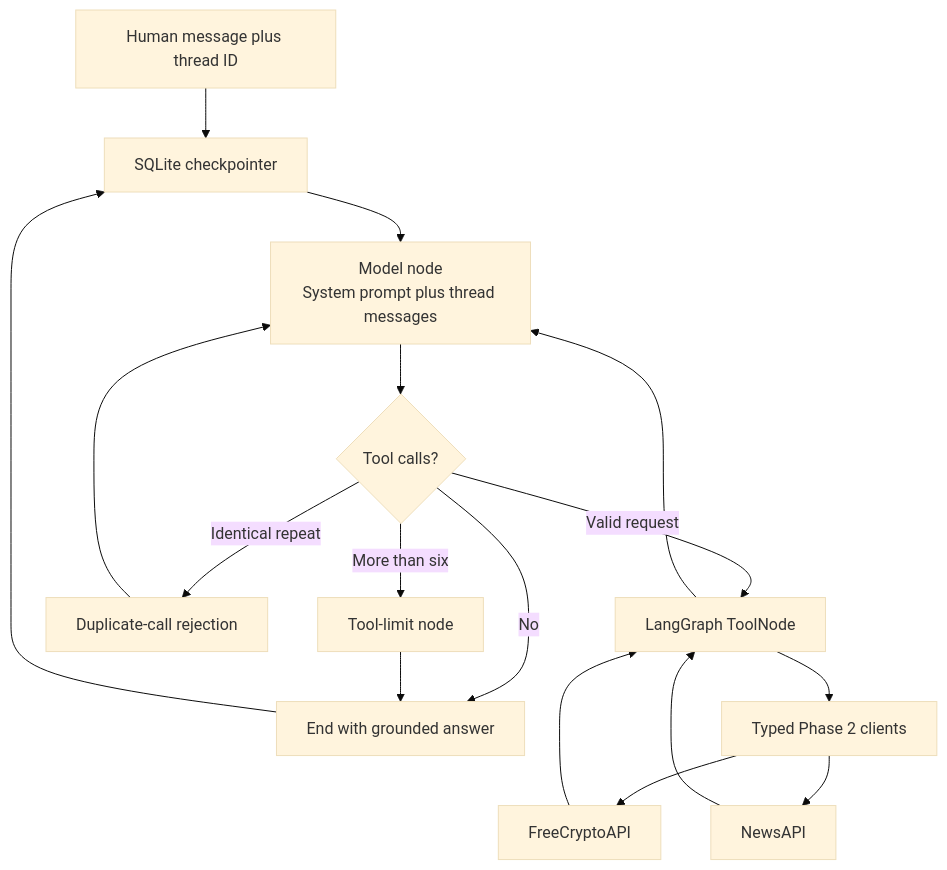
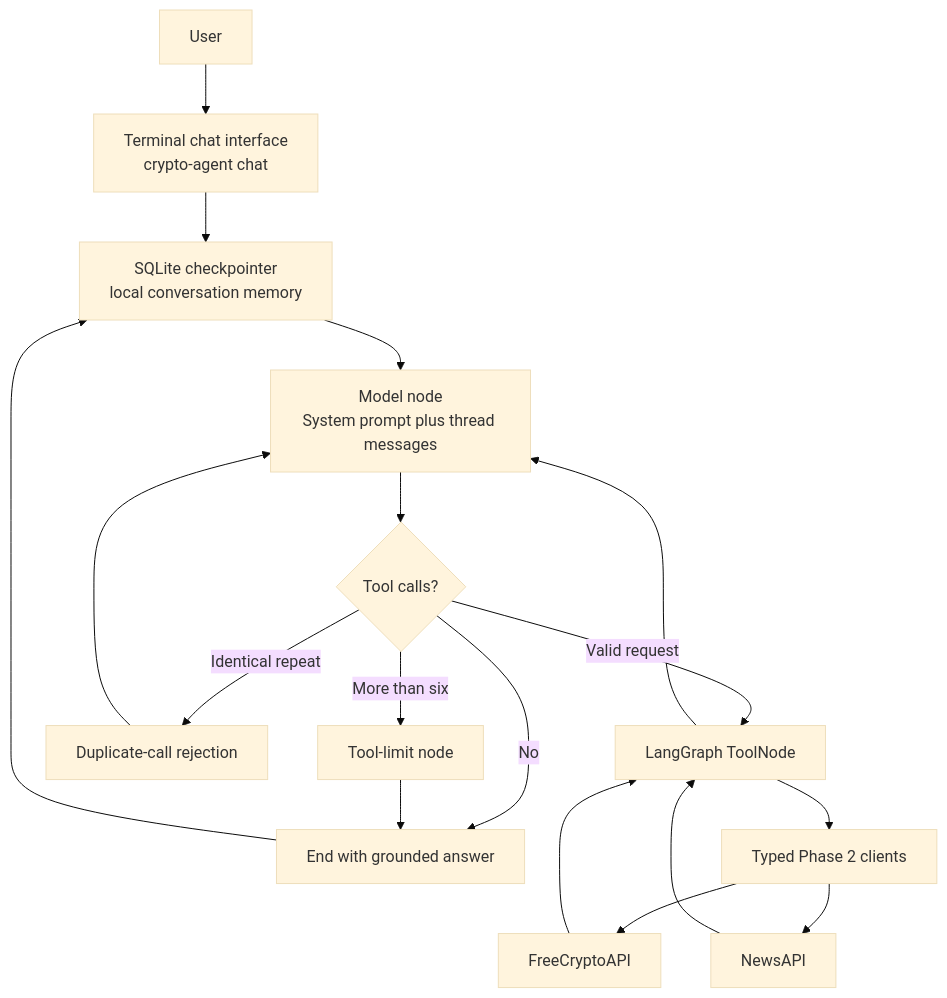
Before and after one commit to siddchauhan77/crypto-analysis-agent-langgraph: the first of 2 diagrams in docs/architecture.md, drawn with Mermaid (base theme). The commit also changed other lines of this file and 17 other files, not shown here.

````diff
--- a/docs/architecture.md
+++ b/docs/architecture.md
@@ -29,19 +45,20 @@
 ```mermaid
 flowchart TD
-    U["Human message plus thread ID"] --> S["SQLite checkpointer"]
+    U["User"] --> CLI["Terminal chat interface<br>crypto-agent chat"]
+    CLI --> S["SQLite checkpointer<br>local conversation memory"]
     S --> M["Model node<br>System prompt plus thread messages"]
     M --> R{"Tool calls?"}
     R -->|"No"| E["End with grounded answer"]
     R -->|"More than six"| L["Tool-limit node"]
     R -->|"Identical repeat"| D["Duplicate-call rejection"]
     R -->|"Valid request"| T["LangGraph ToolNode"]
     T --> C["Typed Phase 2 clients"]
     C --> F["FreeCryptoAPI"]
     C --> N["NewsAPI"]
     F --> T
     N --> T
     T --> M
     D --> M
     L --> E
     E --> S
 ```
````
